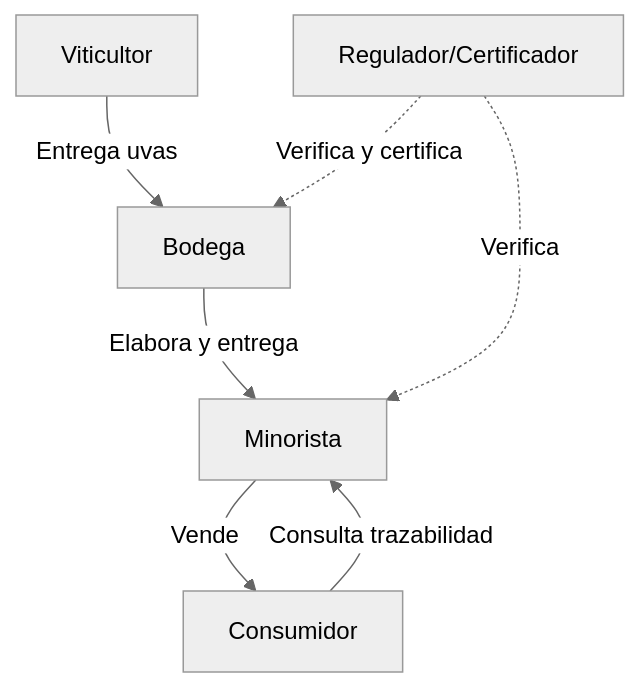
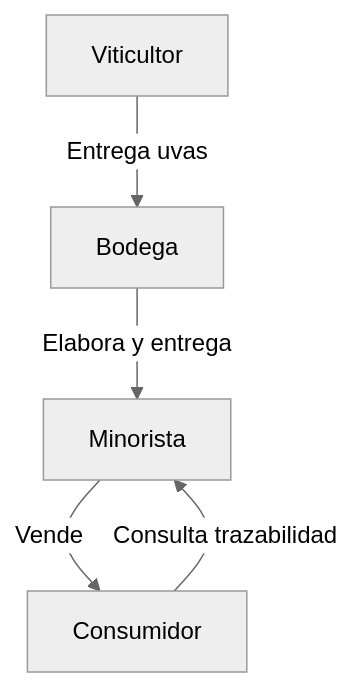
One commit to jsecchi88/pfm-traza-hlf-2025 changed the diagram in README.md. Above: the diagram before and after it, drawn with Mermaid (neutral theme). The commit also changed other lines of this file and 3 other files, not shown here.

````diff
--- a/README.md
+++ b/README.md
@@ -9,9 +9,7 @@
 ```mermaid
 graph TD
     A[Viticultor] -->|Entrega uvas| B[Bodega]
     B -->|Elabora y entrega| D[Minorista]
     D -->|Vende| E[Consumidor]
-    G[Regulador/Certificador] -.->|Verifica y certifica| B
-    G -.->|Verifica| D
     E -->|Consulta trazabilidad| D
 ```
````
